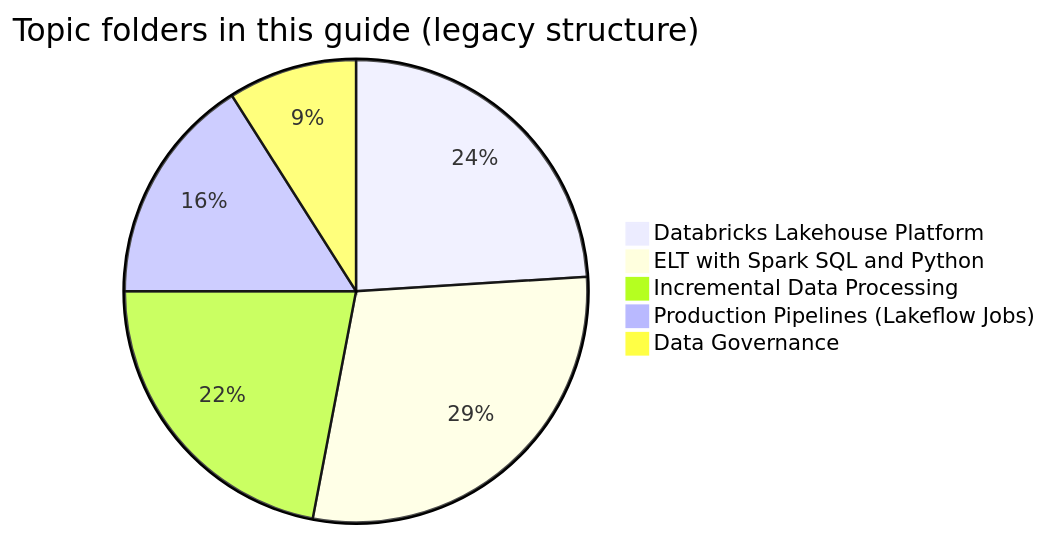
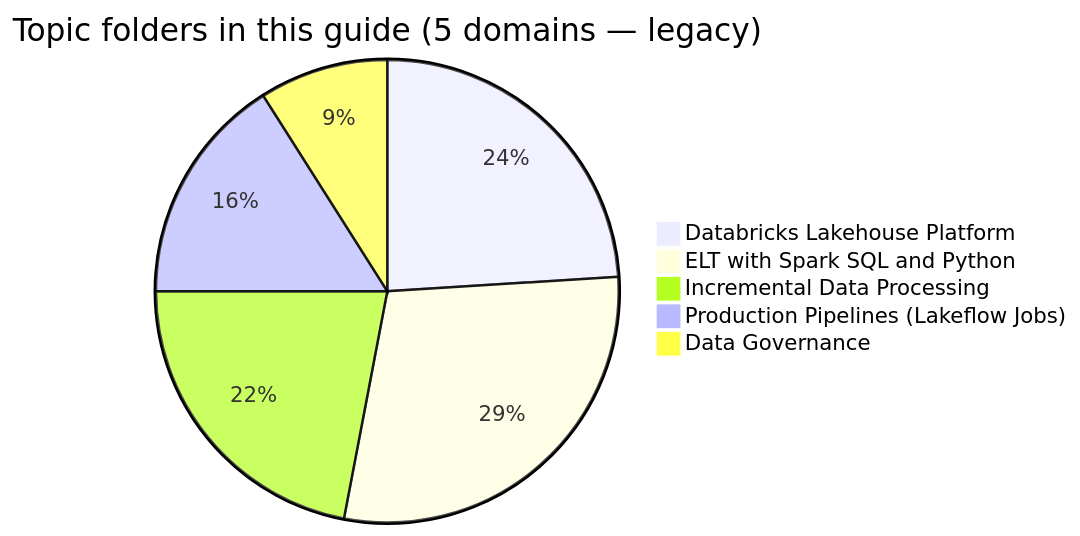
One commit to kengio/databricks-certification-study-guide changed the diagram in certifications/data-engineer-associate/README.md. Above: the diagram before and after it, drawn with Mermaid. The commit also changed other lines of this file and 9 other files, not shown here.

````diff
--- a/certifications/data-engineer-associate/README.md
+++ b/certifications/data-engineer-associate/README.md
@@ -44,8 +44,8 @@
 ```mermaid
-pie title Topic folders in this guide (legacy structure)
+pie title Topic folders in this guide (5 domains — legacy)
     "Databricks Lakehouse Platform" : 24
     "ELT with Spark SQL and Python" : 29
     "Incremental Data Processing" : 22
     "Production Pipelines (Lakeflow Jobs)" : 16
     "Data Governance" : 9
 ```
````
